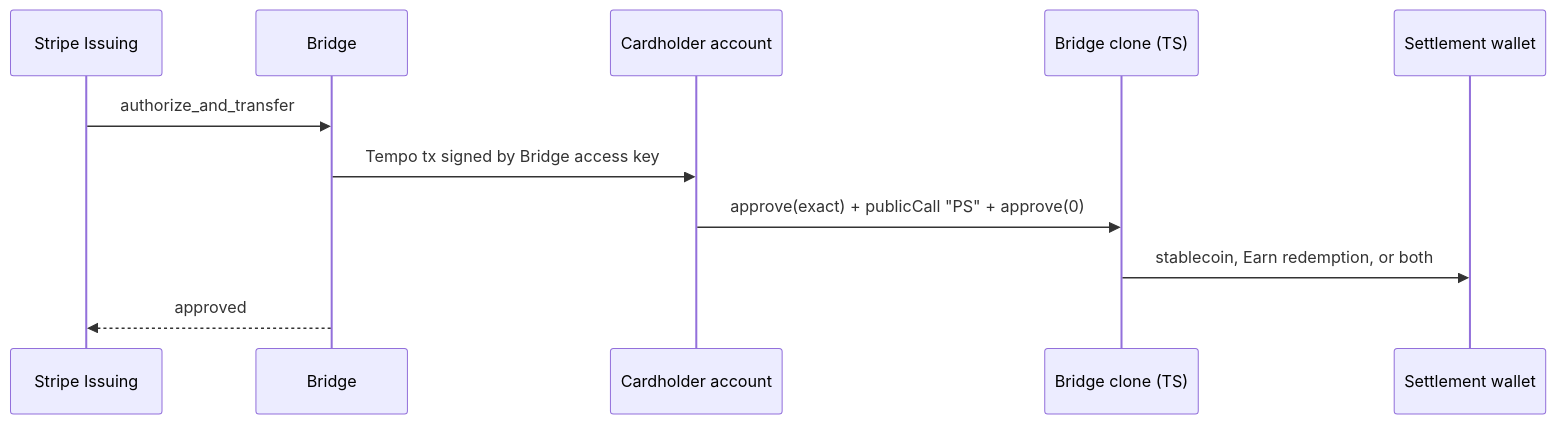
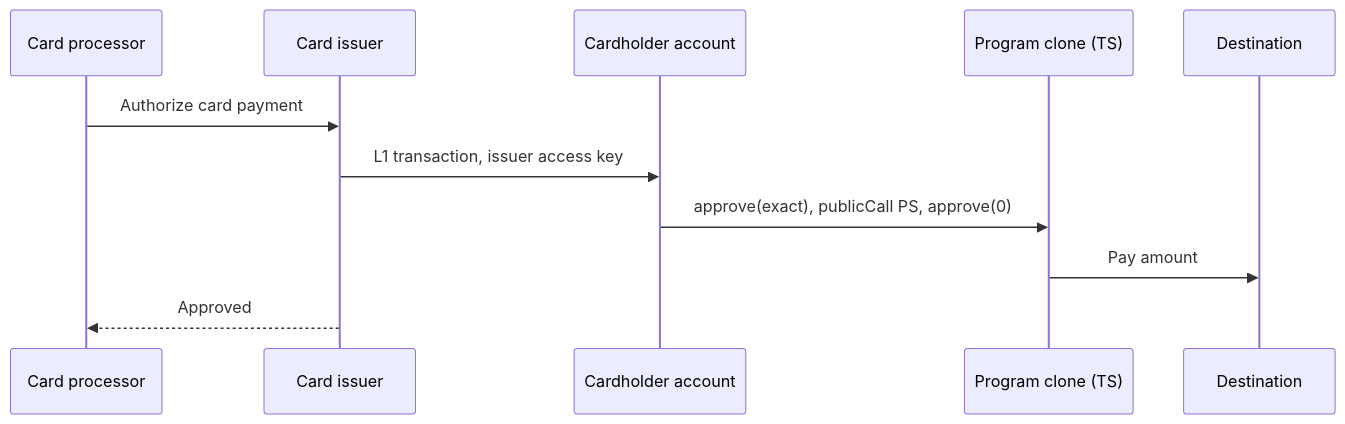
Before and after one commit to tempoxyz/contracts: the first of 3 diagrams in docs/bridge/design.md, drawn with Mermaid. The commit also changed other lines of this file and 23 other files, not shown here.

````diff
--- a/docs/bridge/design.md
+++ b/docs/bridge/design.md
@@ -92,13 +103,13 @@
 ```mermaid
 sequenceDiagram
-    participant S as Stripe Issuing
-    participant B as Bridge
+    participant S as Card processor
+    participant B as Card issuer
     participant A as Cardholder account
-    participant C as Bridge clone (TS)
-    participant D as Settlement wallet
-    S->>B: authorize_and_transfer
-    B->>A: Tempo tx signed by Bridge access key
-    A->>C: approve(exact) + publicCall "PS" + approve(0)
-    C->>D: stablecoin, Earn redemption, or both
-    B-->>S: approved
+    participant C as Program clone (TS)
+    participant D as Destination
+    S->>B: Authorize card payment
+    B->>A: L1 transaction, issuer access key
+    A->>C: approve(exact), publicCall PS, approve(0)
+    C->>D: Pay amount
+    B-->>S: Approved
 ```
````
